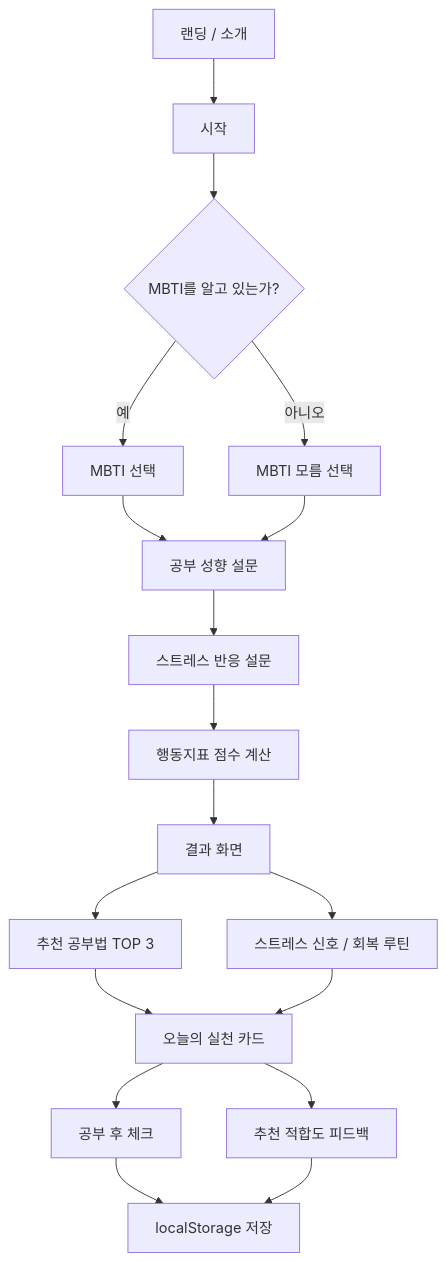
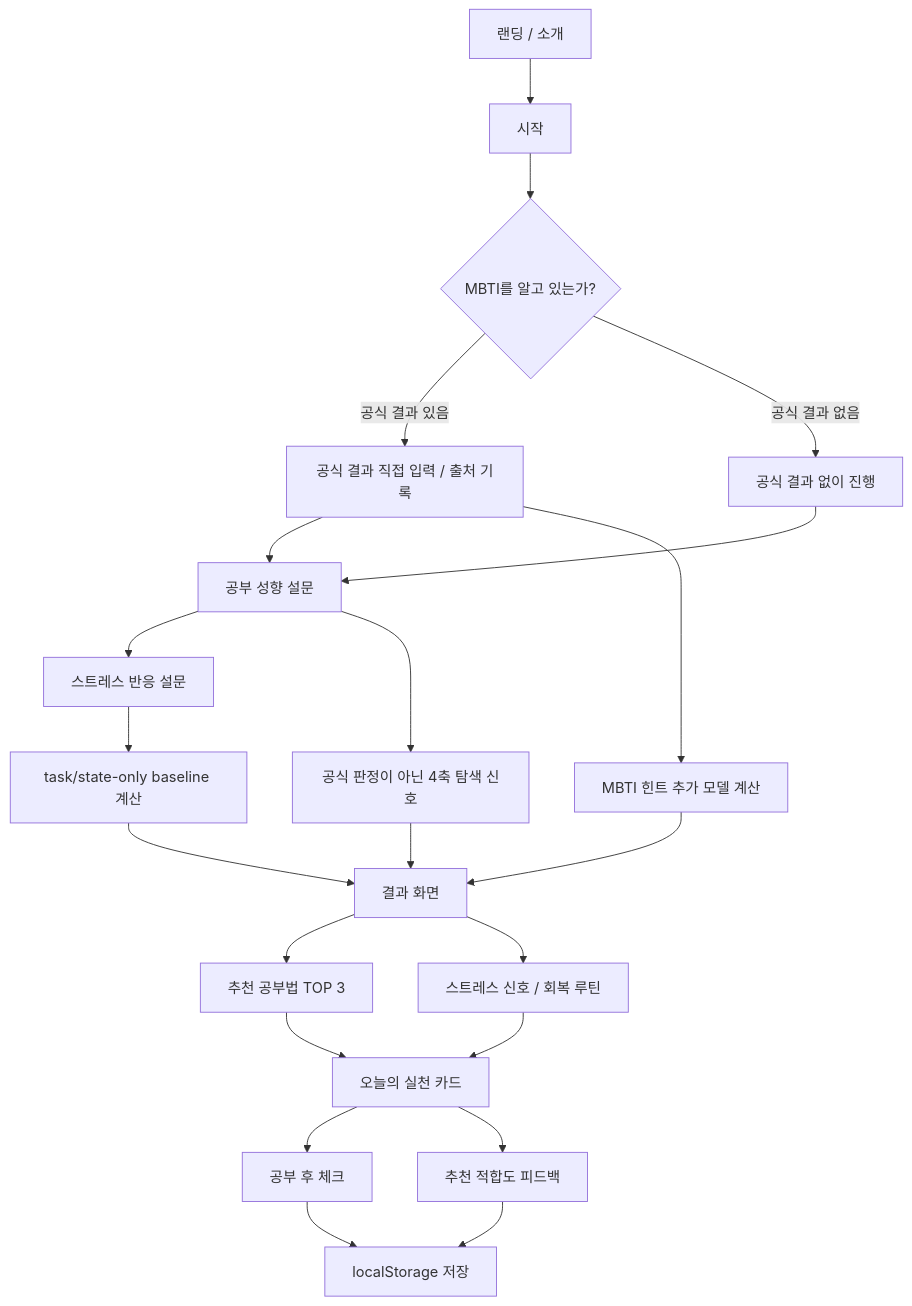
One commit to Mureung1/hub-showcase changed the diagram in docs/plan.md. Above: the diagram before and after it, drawn with Mermaid. The commit also changed other lines of this file and 19 other files, not shown here.

````diff
--- a/docs/plan.md
+++ b/docs/plan.md
@@ -358,20 +420,24 @@
 ```mermaid
 flowchart TD
   A["랜딩 / 소개"] --> B["시작"]
   B --> C{"MBTI를 알고 있는가?"}
-  C -- "예" --> D["MBTI 선택"]
-  C -- "아니오" --> E["MBTI 모름 선택"]
+  C -- "공식 결과 있음" --> D["공식 결과 직접 입력 / 출처 기록"]
+  C -- "공식 결과 없음" --> E["공식 결과 없이 진행"]
   D --> F["공부 성향 설문"]
   E --> F
   F --> G["스트레스 반응 설문"]
-  G --> H["행동지표 점수 계산"]
+  F --> P["공식 판정이 아닌 4축 탐색 신호"]
+  G --> H["task/state-only baseline 계산"]
+  D --> Q["MBTI 힌트 추가 모델 계산"]
   H --> I["결과 화면"]
+  Q --> I
+  P --> I
   I --> J["추천 공부법 TOP 3"]
   I --> K["스트레스 신호 / 회복 루틴"]
   J --> L["오늘의 실천 카드"]
   K --> L
   L --> M["공부 후 체크"]
   L --> O["추천 적합도 피드백"]
   M --> N["localStorage 저장"]
   O --> N
 ```
````
